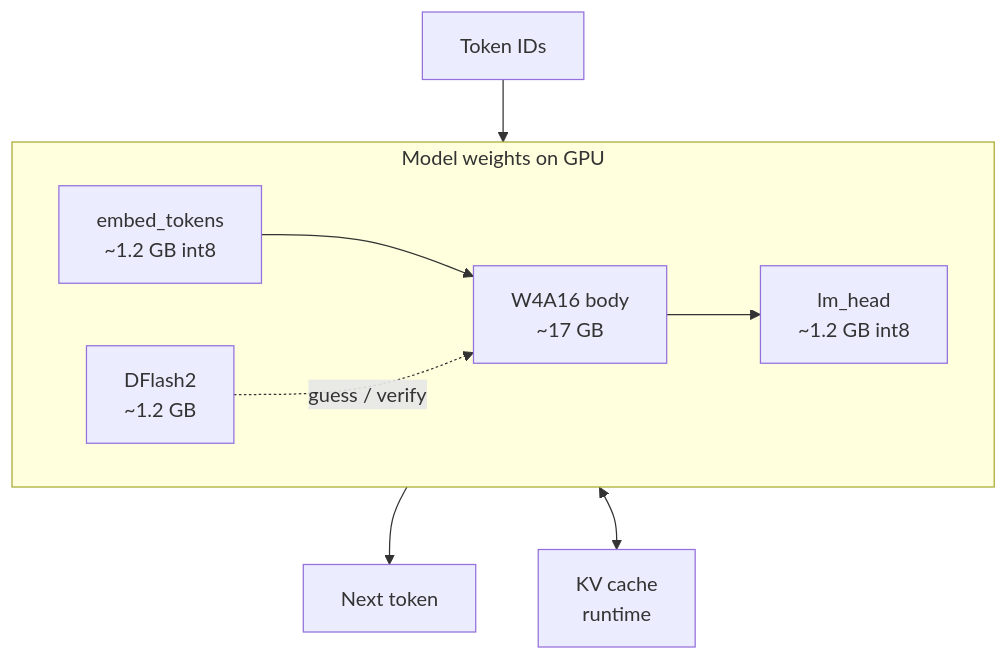
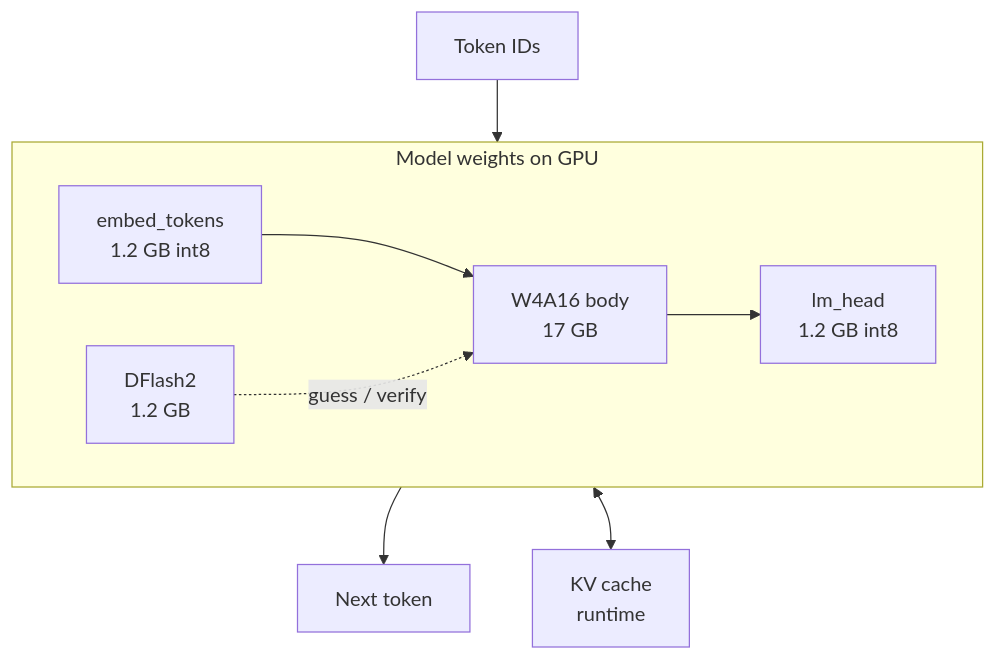
One commit to Vince-0/AdventuresInAICoding5 changed the diagram in README.md. Above: the diagram before and after it, drawn with Mermaid. The commit also changed other lines of this file, not shown here.

````diff
--- a/README.md
+++ b/README.md
@@ -206,19 +206,19 @@
 ```mermaid
 flowchart TB
   T[Token IDs]
 
   subgraph weights["Model weights on GPU"]
     direction LR
-    E["embed_tokens<br/>~1.2 GB int8"]
-    B["W4A16 body<br/>~17 GB"]
-    H["lm_head<br/>~1.2 GB int8"]
-    D["DFlash2<br/>~1.2 GB"]
+    E["embed_tokens<br/>1.2 GB int8"]
+    B["W4A16 body<br/>17 GB"]
+    H["lm_head<br/>1.2 GB int8"]
+    D["DFlash2<br/>1.2 GB"]
   end
 
   KV["KV cache<br/>runtime"]
   Y[Next token]
 
   T --> E --> B --> H --> Y
   B <--> KV
   D -.->|guess / verify| B
 ```
````
